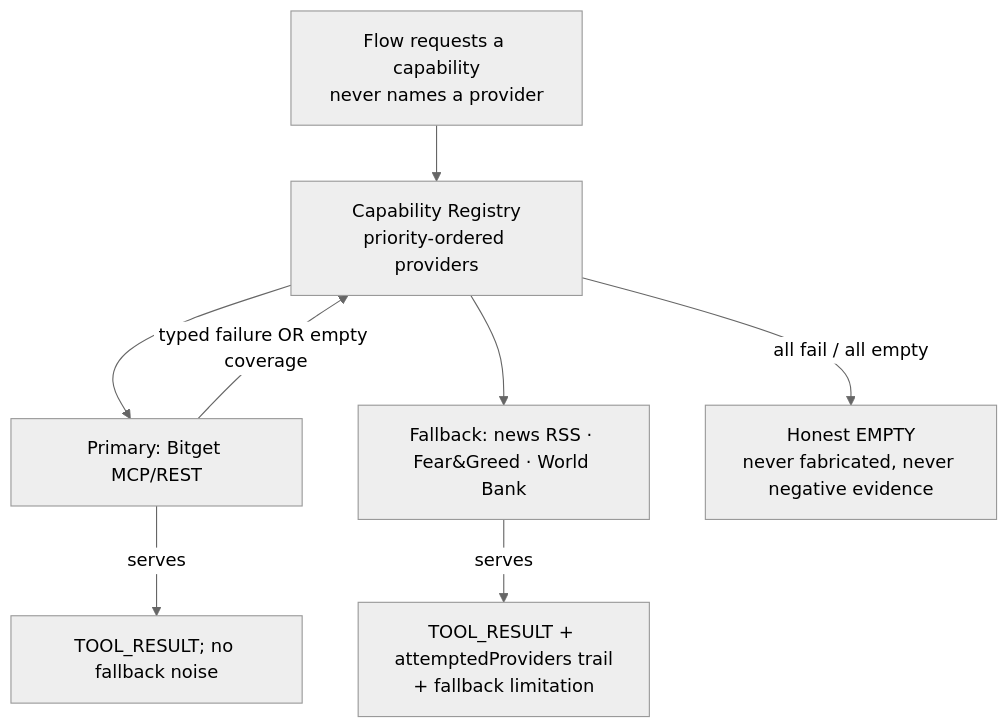
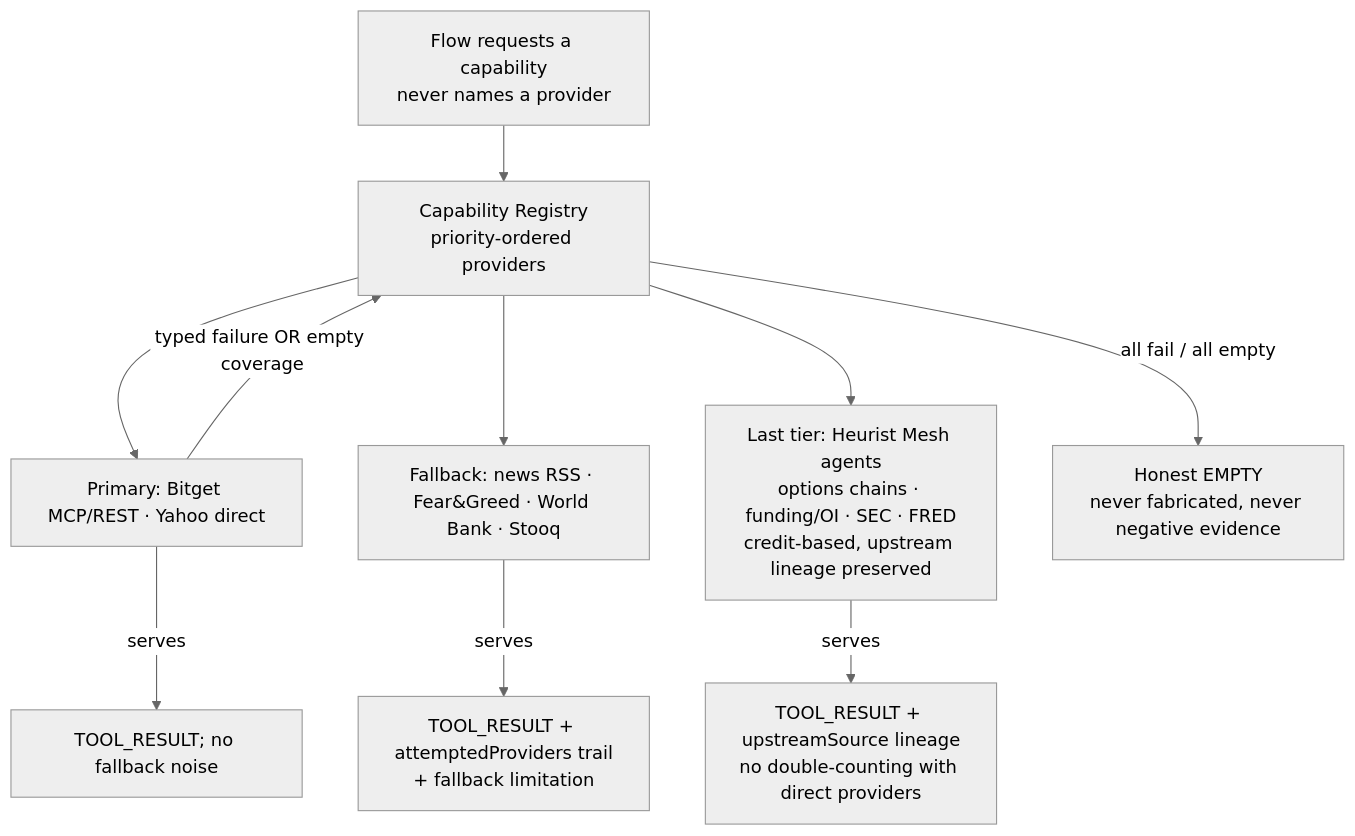
Before and after one commit to Abd00lmalik/Lumen-Terminal: the fifth of 7 diagrams in README.md, drawn with Mermaid (neutral theme). The commit also changed other lines of this file and 16 other files, not shown here.

First line of the commit message:
Add Heurist Mesh capability fallbacks and Groq model fallback

````diff
--- a/README.md
+++ b/README.md
@@ -106,10 +106,12 @@
 ```mermaid
 flowchart TD
     FLOW[Flow requests a capability<br/>never names a provider] --> REG[Capability Registry<br/>priority-ordered providers]
-    REG --> P1[Primary: Bitget MCP/REST]
-    REG --> P2[Fallback: news RSS · Fear&Greed · World Bank]
+    REG --> P1[Primary: Bitget MCP/REST · Yahoo direct]
+    REG --> P2[Fallback: news RSS · Fear&Greed · World Bank · Stooq]
+    REG --> P3[Last tier: Heurist Mesh agents<br/>options chains · funding/OI · SEC · FRED<br/>credit-based, upstream lineage preserved]
     P1 -->|typed failure OR empty coverage| REG
     P2 -->|serves| TR[TOOL_RESULT + attemptedProviders trail<br/>+ fallback limitation]
+    P3 -->|serves| TR3[TOOL_RESULT + upstreamSource lineage<br/>no double-counting with direct providers]
     P1 -->|serves| TR2[TOOL_RESULT; no fallback noise]
     REG -->|all fail / all empty| EMPTY[Honest EMPTY<br/>never fabricated, never negative evidence]
 ```
````
